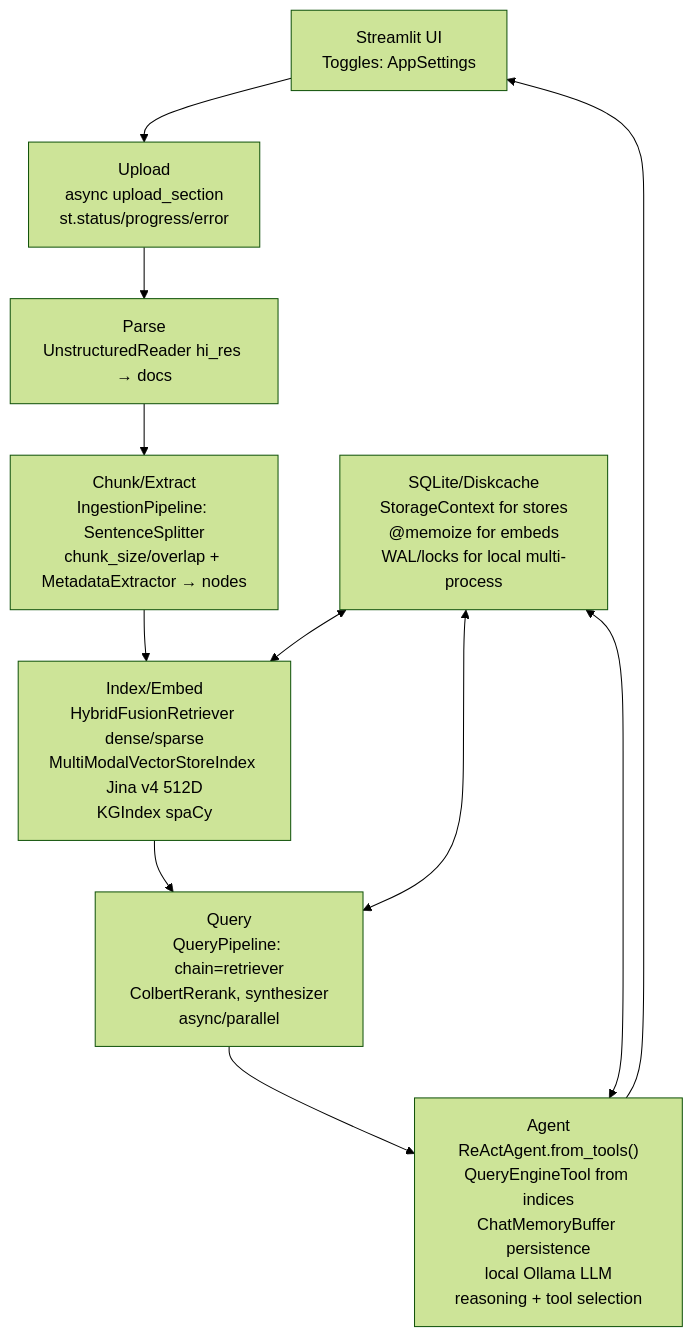
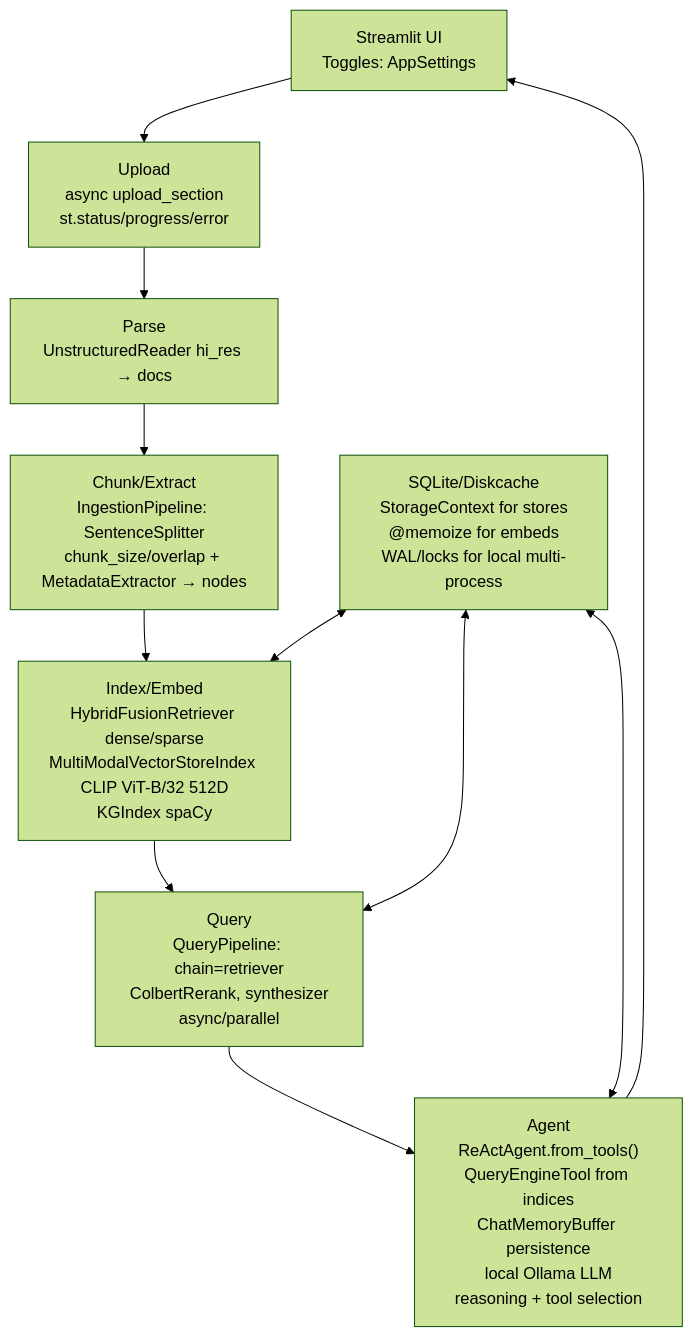
Before and after one commit to BjornMelin/docmind-ai-llm: the diagram in docs/adrs/001-architecture-overview.md, drawn with Mermaid (forest theme). The commit also changed other lines of this file and 5 other files, not shown here.

First line of the commit message:
docs(adrs): update architecture decision records for multimodal embeddings and model strategy

````diff
--- a/docs/adrs/001-architecture-overview.md
+++ b/docs/adrs/001-architecture-overview.md
@@ -97,13 +97,13 @@
 ```mermaid
 graph TD
     A["Streamlit UI<br/>Toggles: AppSettings"] --> B["Upload<br/>async upload_section<br/>st.status/progress/error"]
     B --> C["Parse<br/>UnstructuredReader hi_res → docs"]
     C --> D["Chunk/Extract<br/>IngestionPipeline: SentenceSplitter<br/>chunk_size/overlap + MetadataExtractor → nodes"]
-    D --> E["Index/Embed<br/>HybridFusionRetriever dense/sparse<br/>MultiModalVectorStoreIndex Jina v4 512D<br/>KGIndex spaCy"]
+    D --> E["Index/Embed<br/>HybridFusionRetriever dense/sparse<br/>MultiModalVectorStoreIndex CLIP ViT-B/32 512D<br/>KGIndex spaCy"]
     E --> F["Query<br/>QueryPipeline: chain=retriever<br/>ColbertRerank, synthesizer<br/>async/parallel"]
     F --> G["Agent<br/>ReActAgent.from_tools()<br/>QueryEngineTool from indices<br/>ChatMemoryBuffer persistence<br/>local Ollama LLM<br/>reasoning + tool selection"]
     G --> A
     H["SQLite/Diskcache<br/>StorageContext for stores<br/>@memoize for embeds<br/>WAL/locks for local multi-process"] <--> E
     H <--> F
     H <--> G
 ```
````
